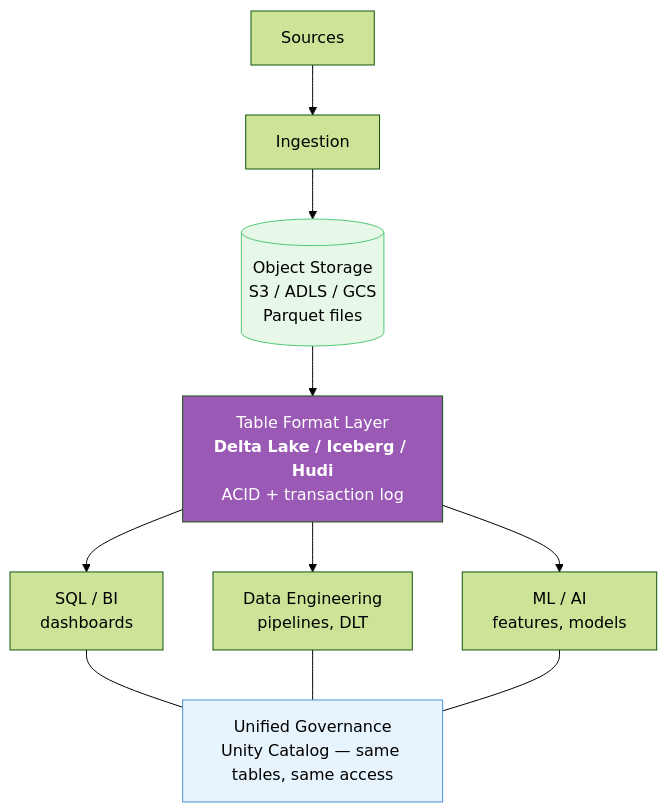
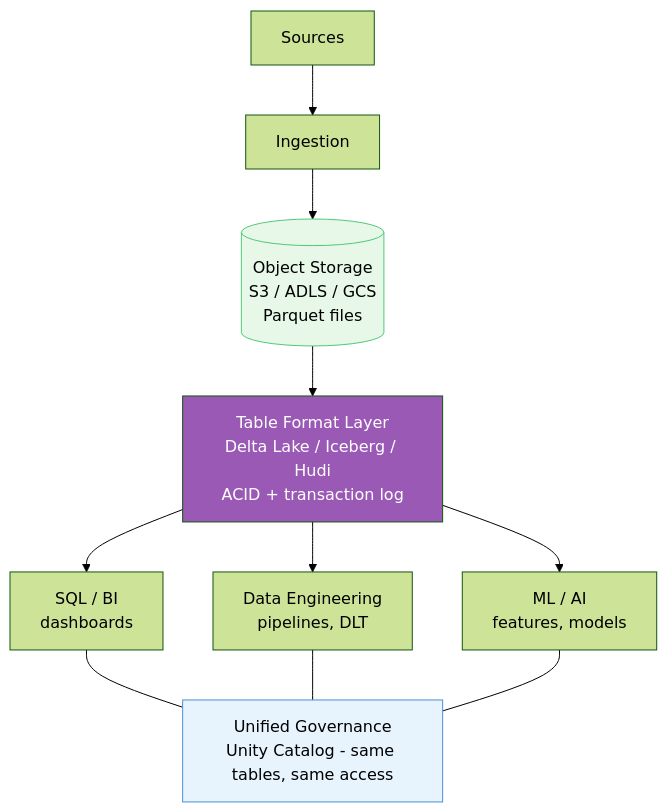
One commit to adnanrahin/adnanrahin.github.io changed the third of 8 diagrams in data-architecture/data-lakehouse.md. Above: the diagram before and after it, drawn with Mermaid (forest theme). The commit also changed other lines of this file and 14 other files, not shown here.

Commit message:
updated the flowchart

````diff
--- a/data-architecture/data-lakehouse.md
+++ b/data-architecture/data-lakehouse.md
@@ -107,25 +107,25 @@
 ```mermaid
 flowchart TD
     SRC["Sources"]
     ING["Ingestion"]
     OBJ[("Object Storage<br/>S3 / ADLS / GCS<br/>Parquet files")]
-    TF["Table Format Layer<br/><b>Delta Lake / Iceberg / Hudi</b><br/>ACID + transaction log"]
+    TF["Table Format Layer<br/>Delta Lake / Iceberg / Hudi<br/>ACID + transaction log"]
 
     BI["SQL / BI<br/>dashboards"]
     DE["Data Engineering<br/>pipelines, DLT"]
     ML["ML / AI<br/>features, models"]
 
-    GOV["Unified Governance<br/>Unity Catalog — same tables, same access"]
+    GOV["Unified Governance<br/>Unity Catalog - same tables, same access"]
 
     SRC --> ING --> OBJ --> TF
     TF --> BI
     TF --> DE
     TF --> ML
     BI --- GOV
     DE --- GOV
     ML --- GOV
 
     style OBJ fill:#E8F8E8,stroke:#50C878
     style TF fill:#9B59B6,color:#fff
     style GOV fill:#E8F4FD,stroke:#4A90D9
 ```
````
